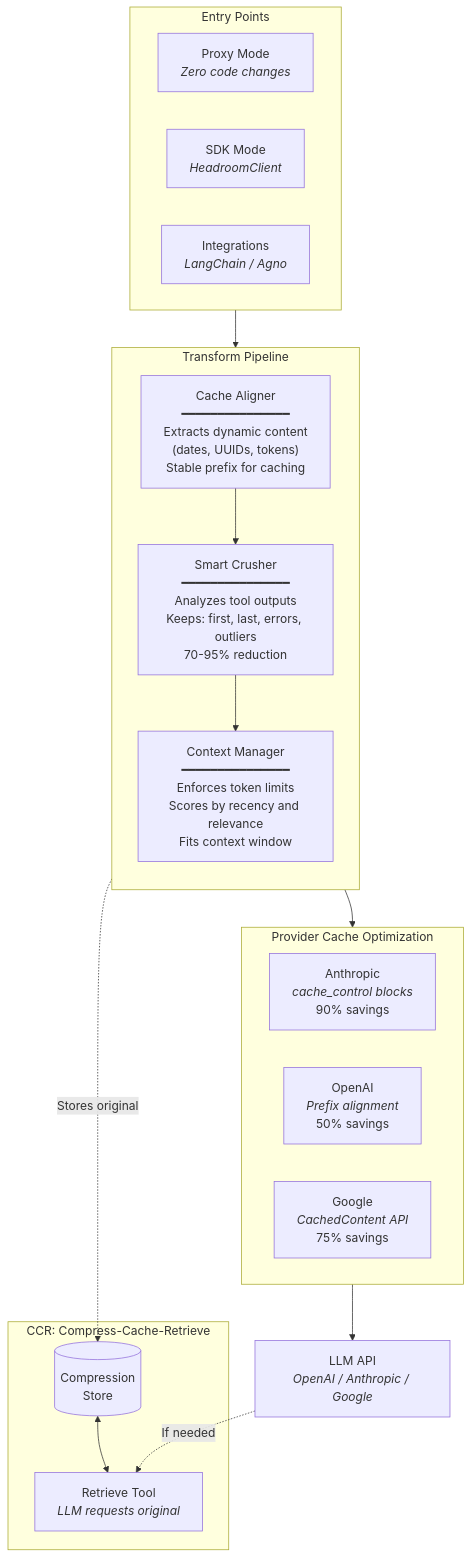
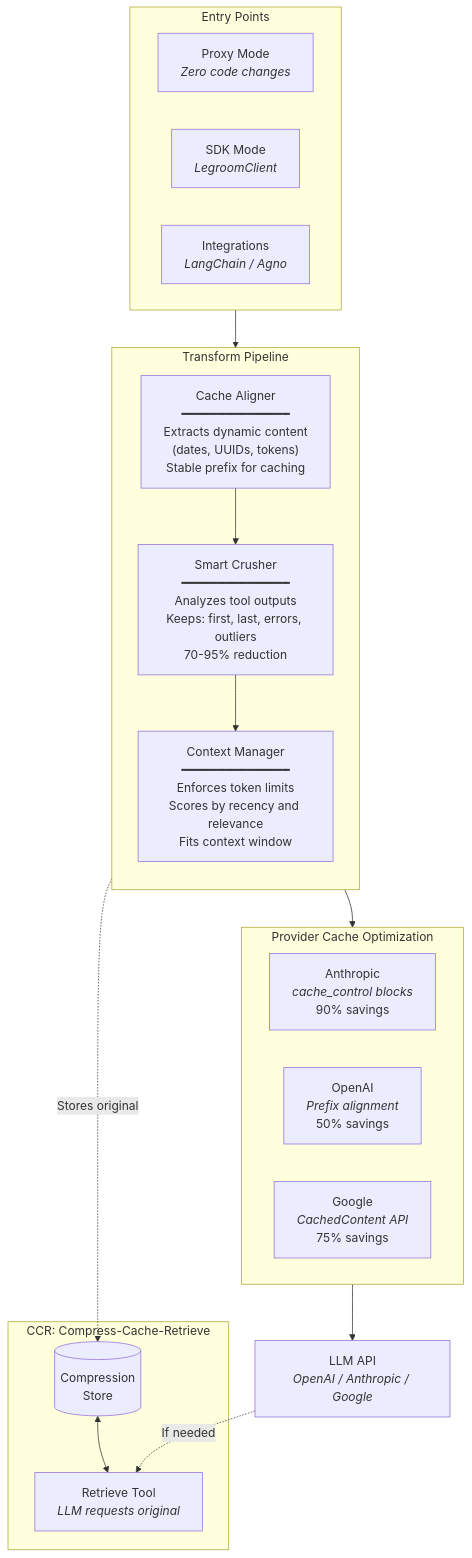
The diagram in wiki/ARCHITECTURE.md (legroom-ai/legroom-ai.github.io), drawn with Mermaid before and after one commit. The commit also changed other lines of this file and 1614 other files, not shown here.

Commit message:
rebrand: headroom -> legroom; point links to legroom-ai; drop dependabot config

````diff
--- a/wiki/ARCHITECTURE.md
+++ b/wiki/ARCHITECTURE.md
@@ -5,41 +5,41 @@
 ```mermaid
 flowchart TB
     subgraph Entry["Entry Points"]
         Proxy["Proxy Mode<br/><i>Zero code changes</i>"]
-        SDK["SDK Mode<br/><i>HeadroomClient</i>"]
+        SDK["SDK Mode<br/><i>LegroomClient</i>"]
         Integrations["Integrations<br/><i>LangChain / Agno</i>"]
     end
 
     subgraph Pipeline["Transform Pipeline"]
         direction TB
 
         CA["Cache Aligner<br/>━━━━━━━━━━━━━━━<br/>Extracts dynamic content<br/>(dates, UUIDs, tokens)<br/>Stable prefix for caching"]
 
         SC["Smart Crusher<br/>━━━━━━━━━━━━━━━<br/>Analyzes tool outputs<br/>Keeps: first, last, errors, outliers<br/>70-95% reduction"]
 
         CM["Context Manager<br/>━━━━━━━━━━━━━━━<br/>Enforces token limits<br/>Scores by recency and relevance<br/>Fits context window"]
 
         CA --> SC --> CM
     end
 
     subgraph Cache["Provider Cache Optimization"]
         direction LR
         Anthropic["Anthropic<br/><i>cache_control blocks</i><br/>90% savings"]
         OpenAI["OpenAI<br/><i>Prefix alignment</i><br/>50% savings"]
         Google["Google<br/><i>CachedContent API</i><br/>75% savings"]
     end
 
     subgraph CCR["CCR: Compress-Cache-Retrieve"]
         Store[("Compression<br/>Store")]
         Tool["Retrieve Tool<br/><i>LLM requests original</i>"]
         Store <--> Tool
     end
 
     LLM["LLM API<br/><i>OpenAI / Anthropic / Google</i>"]
 
     Entry --> Pipeline
     Pipeline --> Cache
     Cache --> LLM
     SC -.->|"Stores original"| Store
     LLM -.->|"If needed"| Tool
 ```
````
